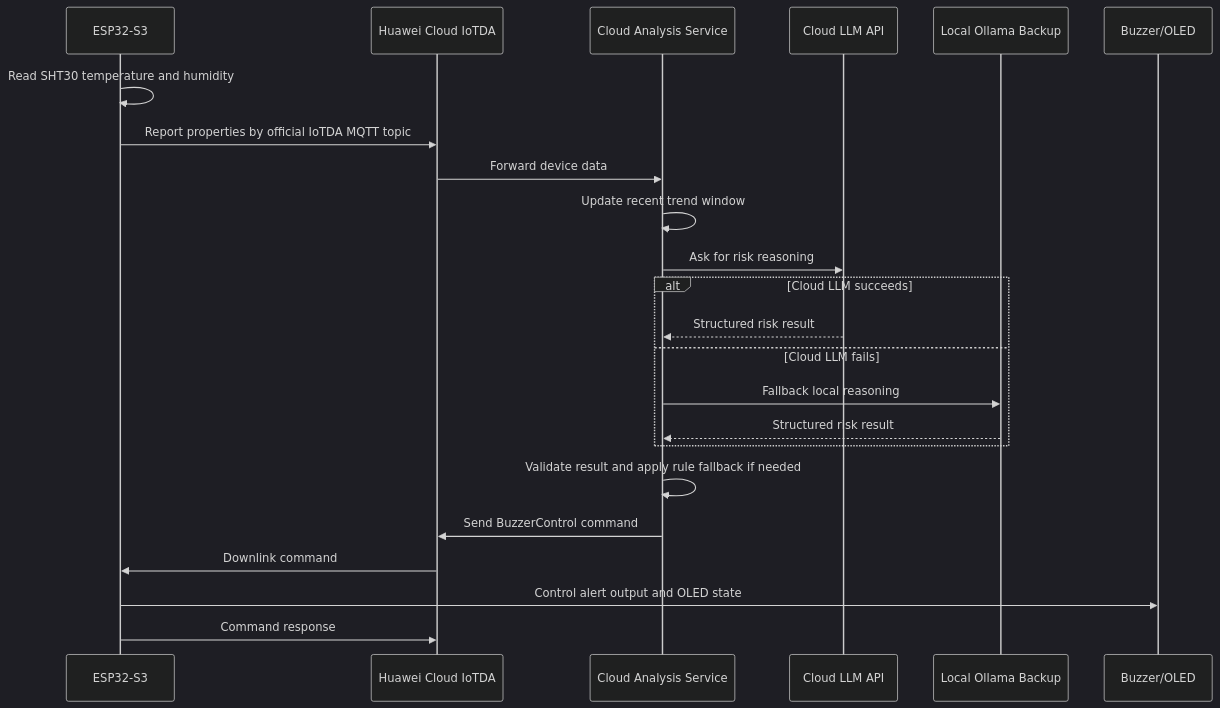
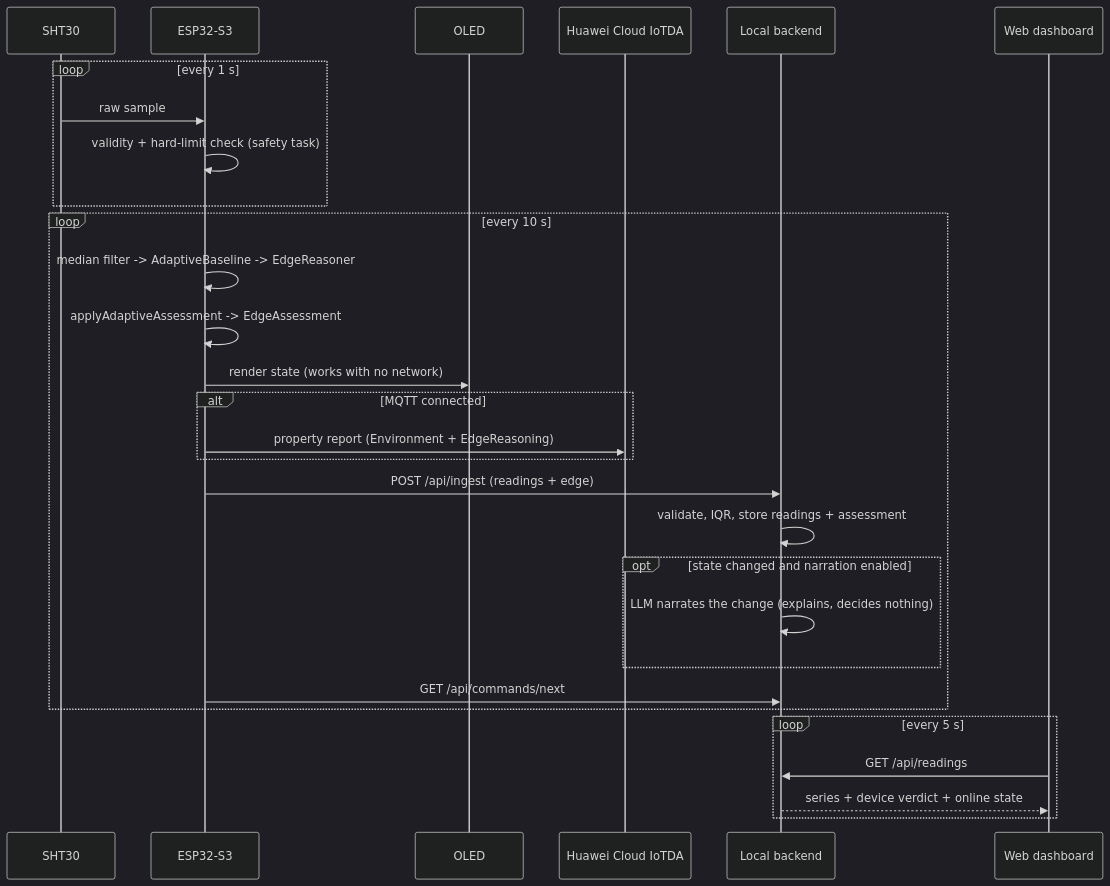
One commit to xzhuoran0v0-rookie/Edge-Iot-Monitor changed the diagram in docs/data_flow.md. Above: the diagram before and after it, drawn with Mermaid (dark theme). The commit also changed other lines of this file and 9 other files, not shown here.

````diff
--- a/docs/data_flow.md
+++ b/docs/data_flow.md
@@ -52,26 +71,34 @@
 ```mermaid
 sequenceDiagram
-  participant Device as ESP32-S3
-  participant IoTDA as Huawei Cloud IoTDA
-  participant Cloud as Cloud Analysis Service
-  participant LLM as Cloud LLM API
-  participant Ollama as Local Ollama Backup
-  participant Buzzer as Buzzer/OLED
+  participant S as SHT30
+  participant D as ESP32-S3
+  participant O as OLED
+  participant I as Huawei Cloud IoTDA
+  participant B as Local backend
+  participant W as Web dashboard
 
-  Device->>Device: Read SHT30 temperature and humidity
-  Device->>IoTDA: Report properties by official IoTDA MQTT topic
-  IoTDA->>Cloud: Forward device data
-  Cloud->>Cloud: Update recent trend window
-  Cloud->>LLM: Ask for risk reasoning
-  alt Cloud LLM succeeds
-    LLM-->>Cloud: Structured risk result
-  else Cloud LLM fails
-    Cloud->>Ollama: Fallback local reasoning
-    Ollama-->>Cloud: Structured risk result
+  loop every 1 s
+    S->>D: raw sample
+    D->>D: validity + hard-limit check (safety task)
   end
-  Cloud->>Cloud: Validate result and apply rule fallback if needed
-  Cloud->>IoTDA: Send BuzzerControl command
-  IoTDA->>Device: Downlink command
-  Device->>Buzzer: Control alert output and OLED state
-  Device->>IoTDA: Command response
+
+  loop every 10 s
+    D->>D: median filter -> AdaptiveBaseline -> EdgeReasoner
+    D->>D: applyAdaptiveAssessment -> EdgeAssessment
+    D->>O: render state (works with no network)
+    alt MQTT connected
+      D->>I: property report (Environment + EdgeReasoning)
+    end
+    D->>B: POST /api/ingest (readings + edge)
+    B->>B: validate, IQR, store readings + assessment
+    opt state changed and narration enabled
+      B->>B: LLM narrates the change (explains, decides nothing)
+    end
+    D->>B: GET /api/commands/next
+  end
+
+  loop every 5 s
+    W->>B: GET /api/readings
+    B-->>W: series + device verdict + online state
+  end
 ```
````
